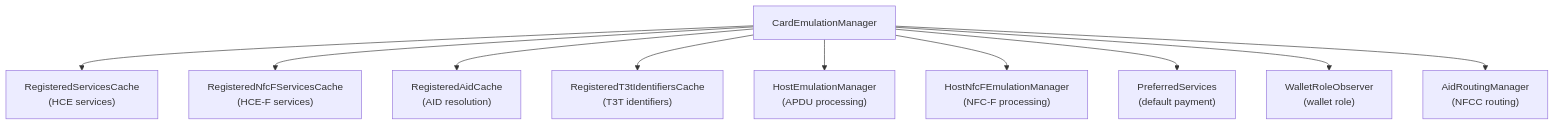
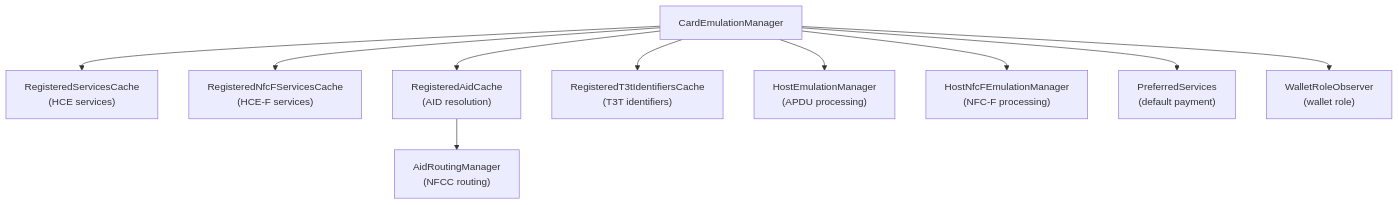
Before and after one commit to aospbooks/aosp-internal-book: diagram 13 of 22 in agents/claude/skills/aosp-connectivity/38-nfc.md, drawn with Mermaid. The commit also changed other lines of this file and 218 other files, not shown here.

````diff
--- a/agents/claude/skills/aosp-connectivity/38-nfc.md
+++ b/agents/claude/skills/aosp-connectivity/38-nfc.md
@@ -1765,13 +1770,13 @@
 ```mermaid
 graph TD
     CEM["CardEmulationManager"]
     CEM --> RSC["RegisteredServicesCache\n(HCE services)"]
     CEM --> RNFSC["RegisteredNfcFServicesCache\n(HCE-F services)"]
     CEM --> RAC["RegisteredAidCache\n(AID resolution)"]
     CEM --> RT3T["RegisteredT3tIdentifiersCache\n(T3T identifiers)"]
     CEM --> HEM["HostEmulationManager\n(APDU processing)"]
     CEM --> HNFEM["HostNfcFEmulationManager\n(NFC-F processing)"]
     CEM --> PS["PreferredServices\n(default payment)"]
     CEM --> WRO["WalletRoleObserver\n(wallet role)"]
-    CEM --> ARM["AidRoutingManager\n(NFCC routing)"]
+    RAC --> ARM["AidRoutingManager\n(NFCC routing)"]
 ```
````
